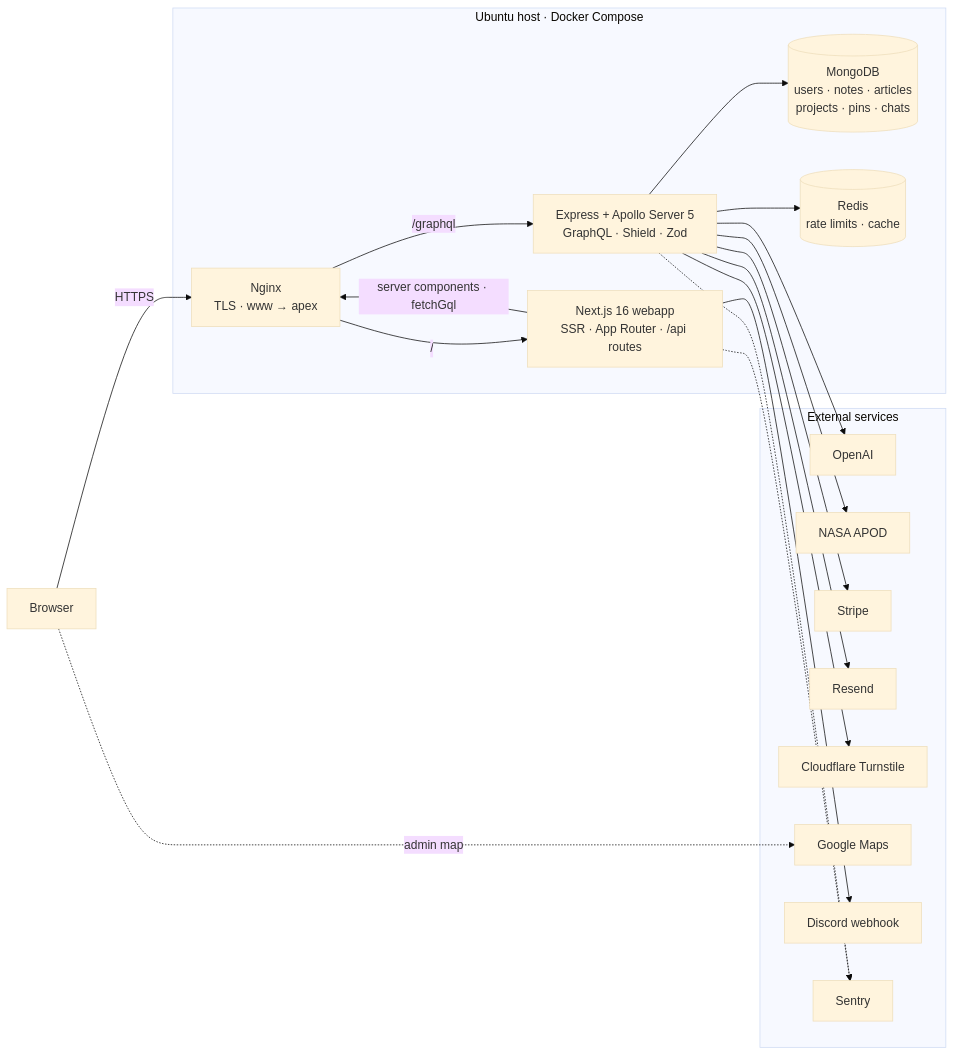
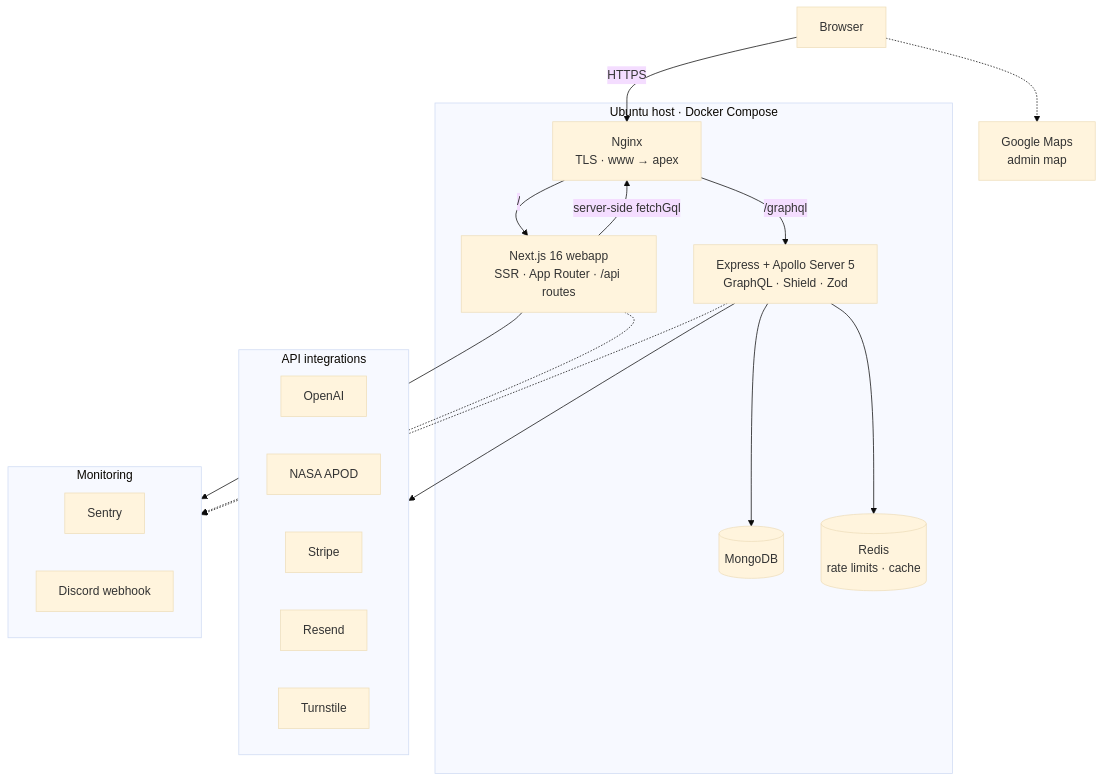
One commit to lfariabr/luisfaria.dev changed the first of 3 diagrams in README.md. Above: the diagram before and after it, drawn with Mermaid (base theme).

Commit message:
docs(readme): compact runtime diagram (refs #305)

````diff
--- a/README.md
+++ b/README.md
@@ -39,39 +39,40 @@
 ```mermaid
-flowchart LR
+flowchart TB
     browser["Browser"]
+    maps["Google Maps<br/>admin map"]
 
     subgraph host["Ubuntu host · Docker Compose"]
         nginx["Nginx<br/>TLS · www → apex"]
         web["Next.js 16 webapp<br/>SSR · App Router · /api routes"]
         api["Express + Apollo Server 5<br/>GraphQL · Shield · Zod"]
-        mongo[("MongoDB<br/>users · notes · articles<br/>projects · pins · chats")]
+        mongo[("MongoDB")]
         redis[("Redis<br/>rate limits · cache")]
     end
 
-    subgraph ext["External services"]
+    subgraph integrations["API integrations"]
+        direction LR
         openai["OpenAI"]
         nasa["NASA APOD"]
         stripe["Stripe"]
         resend["Resend"]
-        turnstile["Cloudflare Turnstile"]
-        maps["Google Maps"]
+        turnstile["Turnstile"]
+    end
+
+    subgraph monitoring["Monitoring"]
+        direction LR
+        sentry["Sentry"]
         discord["Discord webhook"]
-        sentry["Sentry"]
     end
 
     browser -->|HTTPS| nginx
+    browser -.-> maps
     nginx -->|"/"| web
     nginx -->|"/graphql"| api
-    web -->|"server components · fetchGql"| nginx
+    web -->|"server-side fetchGql"| nginx
     api --> mongo
     api --> redis
-    api --> openai
-    api --> nasa
-    api --> stripe
-    api --> resend
-    api --> turnstile
+    api --> integrations
     web --> discord
-    browser -.->|"admin map"| maps
     web -.-> sentry
     api -.-> sentry
 ```
````
